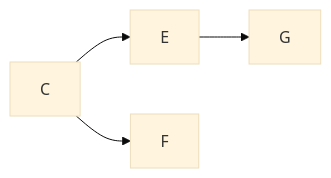
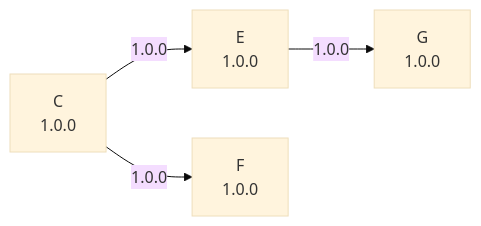
One commit to liluar/config-management-practice-2 changed the diagram in examples/visualizations/package_c.mmd. Above: the diagram before and after it, drawn with Mermaid (base theme). The commit also changed 18 other files, not shown here.

```diff
--- a/examples/visualizations/package_c.mmd
+++ b/examples/visualizations/package_c.mmd
@@ -1,8 +1,8 @@
 flowchart LR
-    N0["C"]
-    N1["E"]
-    N2["F"]
-    N3["G"]
-    N0 --> N1
-    N0 --> N2
-    N1 --> N3
+    N0["C<br/>1.0.0"]
+    N1["E<br/>1.0.0"]
+    N2["F<br/>1.0.0"]
+    N3["G<br/>1.0.0"]
+    N0 -->|1.0.0| N1
+    N0 -->|1.0.0| N2
+    N1 -->|1.0.0| N3
```
